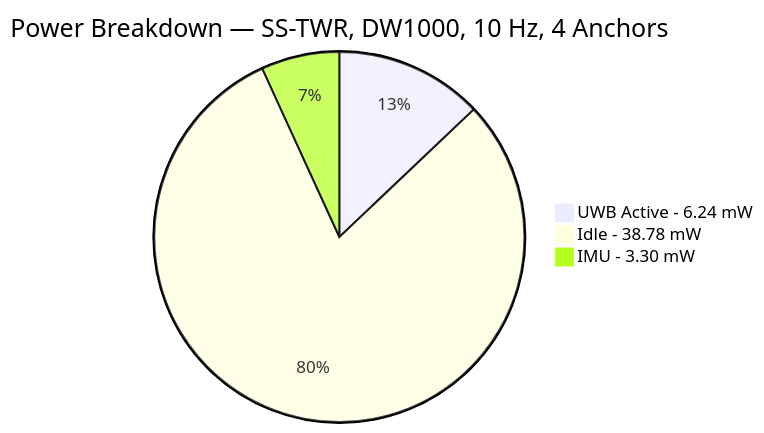
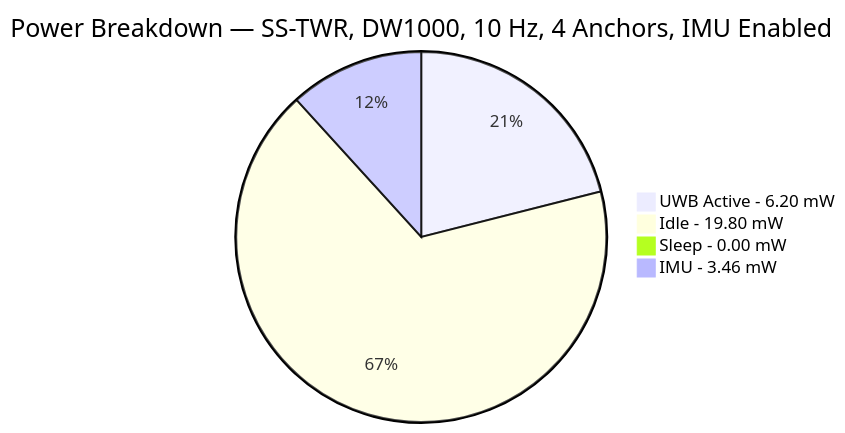
Before and after one commit to moussaart/pulse-simulator: the third of 4 diagrams in docs/energy_model.md, drawn with Mermaid. The commit also changed other lines of this file and 16 other files, not shown here.

Commit message:
feat: implement duty-cycled UWB-IMU fusion NA-AEKF algorithm and supporting energy modeling and simulation infrastructure

````diff
--- a/docs/energy_model.md
+++ b/docs/energy_model.md
@@ -280,6 +196,7 @@
 ```mermaid
-pie title Power Breakdown — SS-TWR, DW1000, 10 Hz, 4 Anchors
-    "UWB Active - 6.24 mW" : 6.24
-    "Idle - 38.78 mW" : 38.78
-    "IMU - 3.30 mW" : 3.30
+pie title Power Breakdown — SS-TWR, DW1000, 10 Hz, 4 Anchors, IMU Enabled
+    "UWB Active - 6.20 mW" : 6.20
+    "Idle - 19.80 mW" : 19.80
+    "Sleep - 0.00 mW" : 0.00
+    "IMU - 3.46 mW" : 3.46
 ```
````
